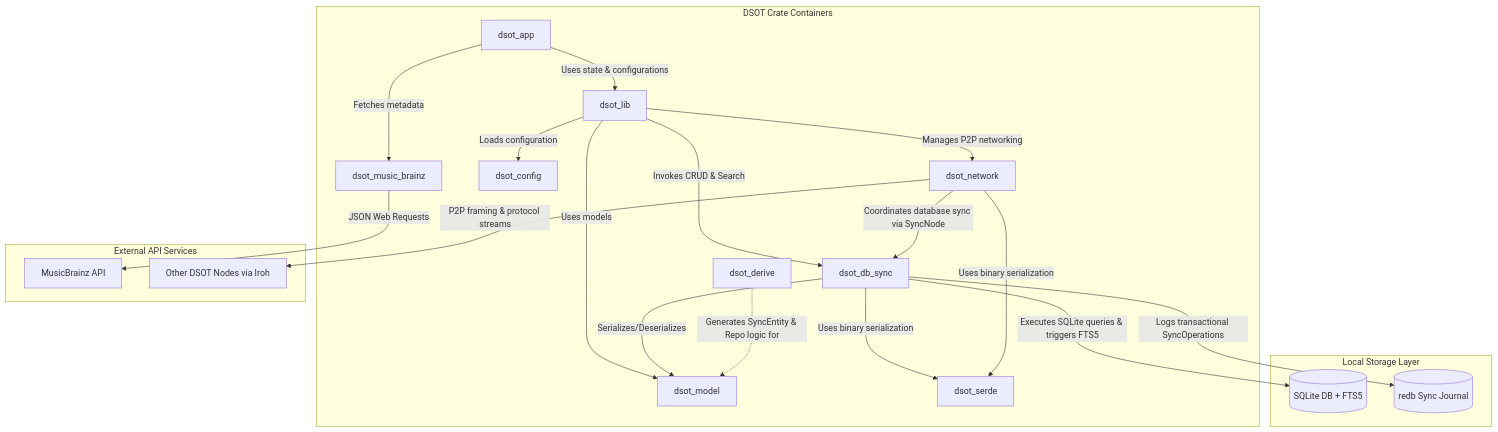
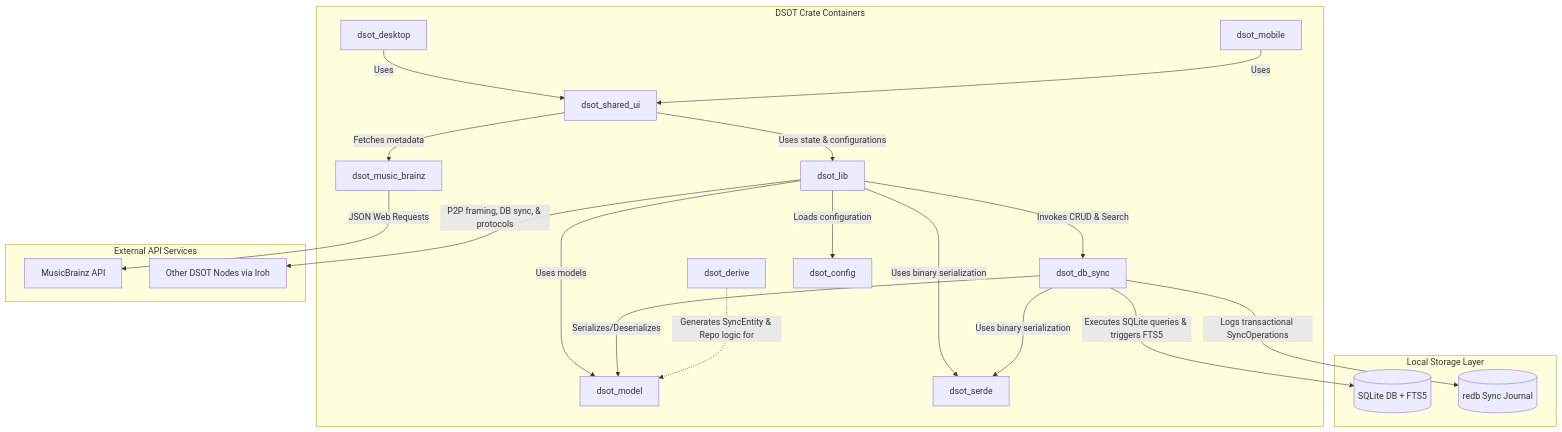
Before and after one commit to Davidblkx/dsot: the diagram in docs/architecture/L2-containers.md, drawn with Mermaid. The commit also changed other lines of this file and 9 other files, not shown here.

First line of the commit message:
Refactor crate architecture and rename UI components

````diff
--- a/docs/architecture/L2-containers.md
+++ b/docs/architecture/L2-containers.md
@@ -7,44 +7,45 @@
 ```mermaid
 graph TD
     subgraph Cargo Workspace [DSOT Crate Containers]
-        DesktopApp[dsot_app]
+        DesktopApp[dsot_desktop]
+        MobileApp[dsot_mobile]
+        SharedUI[dsot_shared_ui]
         Lib[dsot_lib]
         Model[dsot_model]
         DbSync[dsot_db_sync]
         Derive[dsot_derive]
         MB[dsot_music_brainz]
         Config[dsot_config]
-        Network[dsot_network]
         Serde[dsot_serde]
     end
 
     subgraph Storage [Local Storage Layer]
         SQLite[(SQLite DB + FTS5)]
         Redb[(redb Sync Journal)]
     end
 
     subgraph Remote [External API Services]
         MusicBrainzAPI[MusicBrainz API]
         P2PNodes[Other DSOT Nodes via Iroh]
     end
 
-    DesktopApp -->|Uses state & configurations| Lib
+    DesktopApp -->|Uses| SharedUI
+    MobileApp -->|Uses| SharedUI
+    SharedUI -->|Uses state & configurations| Lib
+    
     Lib -->|Invokes CRUD & Search| DbSync
-    Lib -->|Manages P2P networking| Network
     Lib -->|Uses models| Model
     Lib -->|Loads configuration| Config
+    Lib -->|P2P framing, DB sync, & protocols| P2PNodes
+    Lib -->|Uses binary serialization| Serde
     
     DbSync -->|Serializes/Deserializes| Model
     DbSync -->|Uses binary serialization| Serde
     Derive -.->|Generates SyncEntity & Repo logic for| Model
     
     DbSync -->|Executes SQLite queries & triggers FTS5| SQLite
     DbSync -->|Logs transactional SyncOperations| Redb
     
-    Network -->|Coordinates database sync via SyncNode| DbSync
-    Network -->|Uses binary serialization| Serde
-    Network -->|P2P framing & protocol streams| P2PNodes
-    
-    DesktopApp -->|Fetches metadata| MB
+    SharedUI -->|Fetches metadata| MB
     MB -->|JSON Web Requests| MusicBrainzAPI
 ```
````
